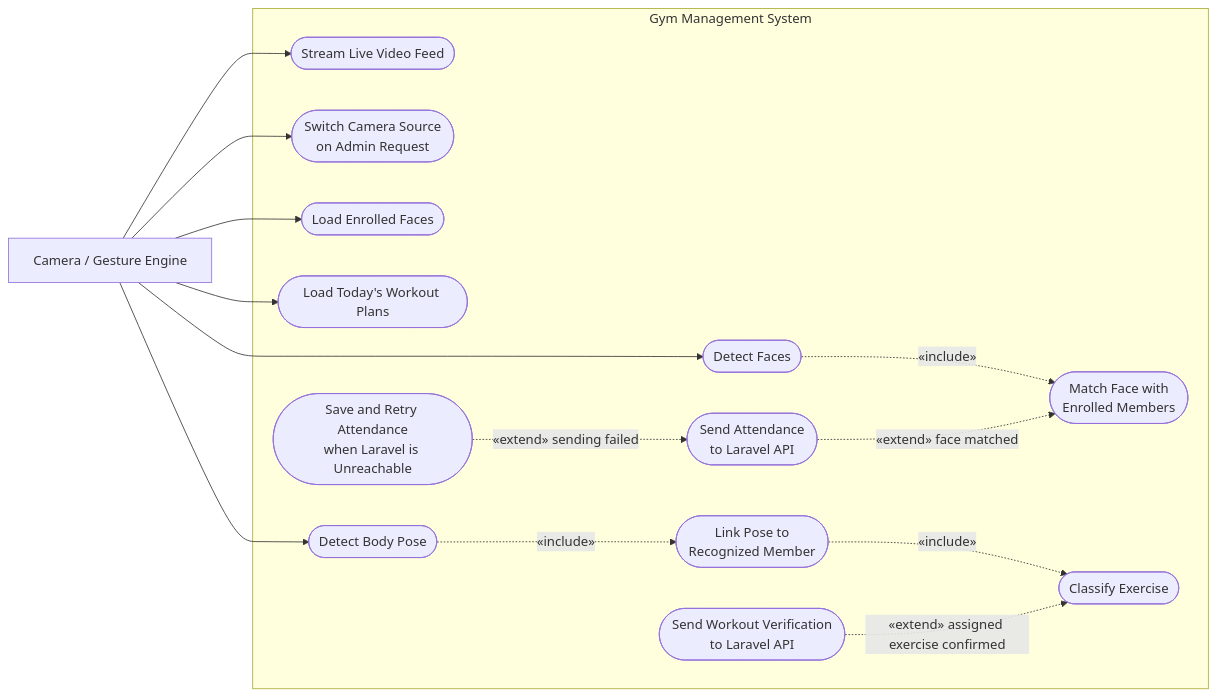
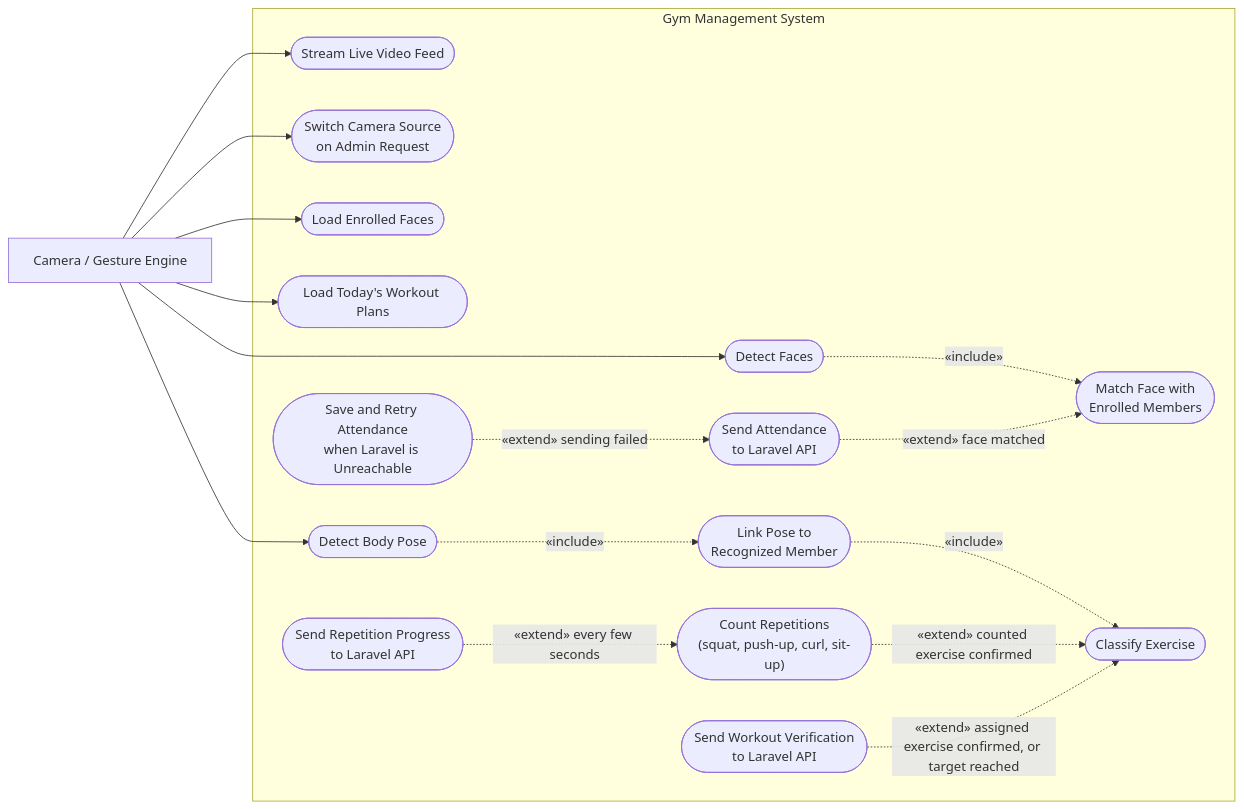
Before and after one commit to Plonteras191/GYM2-CAPSTONE: the seventh of 9 diagrams in Updated Current Plan For Development/Chapter4_Diagrams (2).md, drawn with Mermaid. The commit also changed other lines of this file and 7 other files, not shown here.

First line of the commit message:
docs(diagrams): align Chapter 4 and Correct_Diagrams with the system as built

````diff
--- a/Updated Current Plan For Development/Chapter4_Diagrams (2).md
+++ b/Updated Current Plan For Development/Chapter4_Diagrams (2).md
@@ -390,35 +448,39 @@
 ```mermaid
 flowchart LR
     Camera["Camera / Gesture Engine"]
 
     subgraph Boundary ["Gym Management System"]
         Stream(["Stream Live Video Feed"])
         SwitchSrc(["Switch Camera Source<br/>on Admin Request"])
         LoadFaces(["Load Enrolled Faces"])
         LoadPlans(["Load Today's Workout Plans"])
 
         Detect(["Detect Faces"])
         Match(["Match Face with<br/>Enrolled Members"])
         Att(["Send Attendance<br/>to Laravel API"])
         Retry(["Save and Retry Attendance<br/>when Laravel is Unreachable"])
 
         Pose(["Detect Body Pose"])
         Link(["Link Pose to<br/>Recognized Member"])
         Classify(["Classify Exercise"])
+        Count(["Count Repetitions<br/>(squat, push-up, curl, sit-up)"])
+        Progress(["Send Repetition Progress<br/>to Laravel API"])
         Verify(["Send Workout Verification<br/>to Laravel API"])
 
         Detect -.->|"«include»"| Match
         Att -.->|"«extend» face matched"| Match
         Retry -.->|"«extend» sending failed"| Att
         Pose -.->|"«include»"| Link
         Link -.->|"«include»"| Classify
-        Verify -.->|"«extend» assigned exercise confirmed"| Classify
+        Count -.->|"«extend» counted exercise confirmed"| Classify
+        Progress -.->|"«extend» every few seconds"| Count
+        Verify -.->|"«extend» assigned exercise confirmed, or target reached"| Classify
     end
 
     Camera --> Stream
     Camera --> SwitchSrc
     Camera --> LoadFaces
     Camera --> LoadPlans
     Camera --> Detect
     Camera --> Pose
 ```
````
